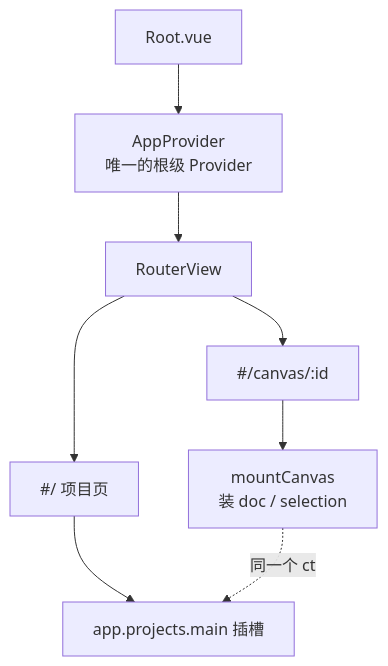
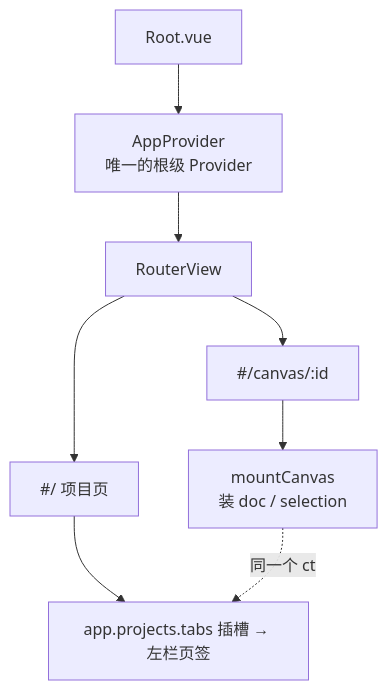
One commit to imohuan/mini-canvas changed the diagram in packages/docs/examples/projects-panel.md. Above: the diagram before and after it, drawn with Mermaid. The commit also changed other lines of this file and 36 other files, not shown here.

First line of the commit message:
feat(projects): plugin pages become left tabs

````diff
--- a/packages/docs/examples/projects-panel.md
+++ b/packages/docs/examples/projects-panel.md
@@ -22,10 +23,10 @@
 ```mermaid
 flowchart TD
   Root[Root.vue] --> P[AppProvider<br/>唯一的根级 Provider]
   P --> RV[RouterView]
   RV --> Projects[#/ 项目页]
   RV --> Canvas[#/canvas/:id]
   Canvas --> Mount[mountCanvas<br/>装 doc / selection]
-  Projects --> Slot[app.projects.main 插槽]
+  Projects --> Slot[app.projects.tabs 插槽 → 左栏页签]
   Mount -.同一个 ctx.-> Slot
 ```
````
